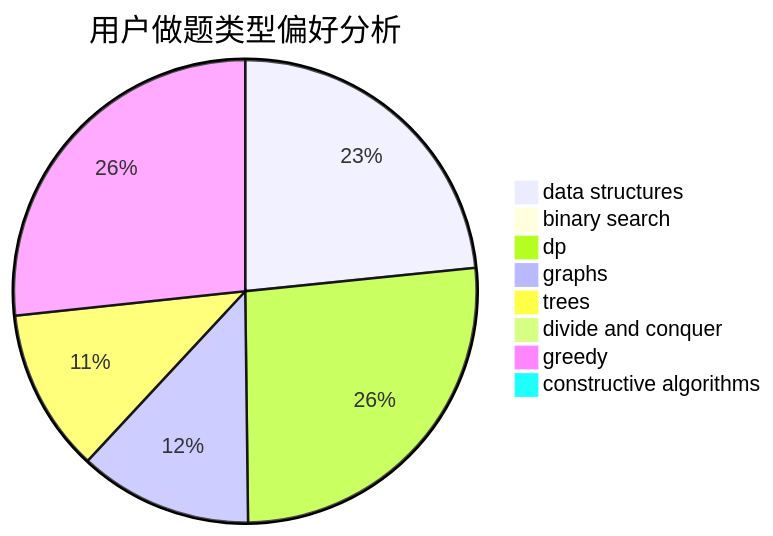
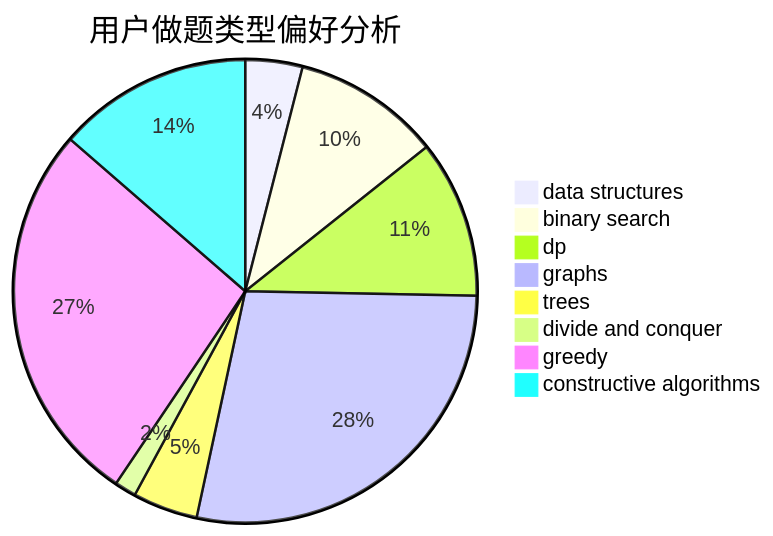
Before and after one commit to sherpahu/cfrs.github.io: the second of 3 diagrams in docs/user/u955.md, drawn with Mermaid. The commit also changed other lines of this file and 2770 other files, not shown here.

````diff
--- a/docs/user/u955.md
+++ b/docs/user/u955.md
@@ -23,11 +23,11 @@
 ```mermaid
 pie title 用户做题类型偏好分析
-    "data structures" :  361
-    "binary search" :  0
-    "dp" :  408
-    "graphs" :  187
-    "trees" :  176
-    "divide and conquer" :  5
-    "greedy" :  412
-    "constructive algorithms" :  14
+    "data structures" :  29
+    "binary search" :  75
+    "dp" :  80
+    "graphs" :  204
+    "trees" :  33
+    "divide and conquer" :  11
+    "greedy" :  196
+    "constructive algorithms" :  99
 ```
````
